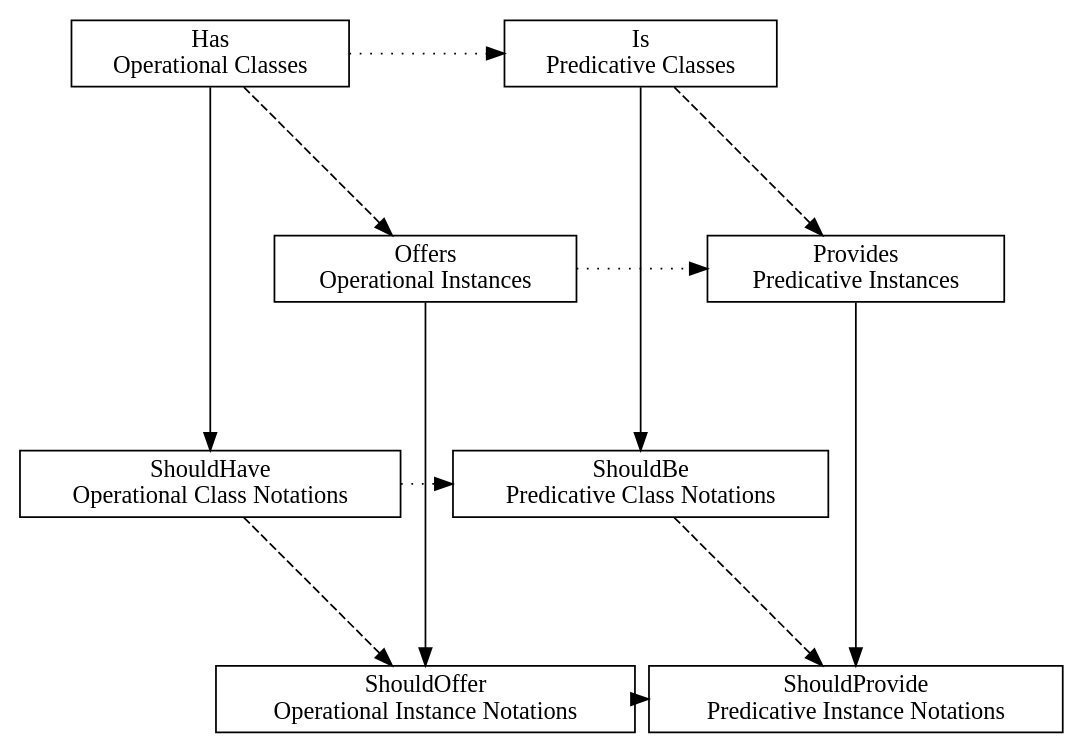
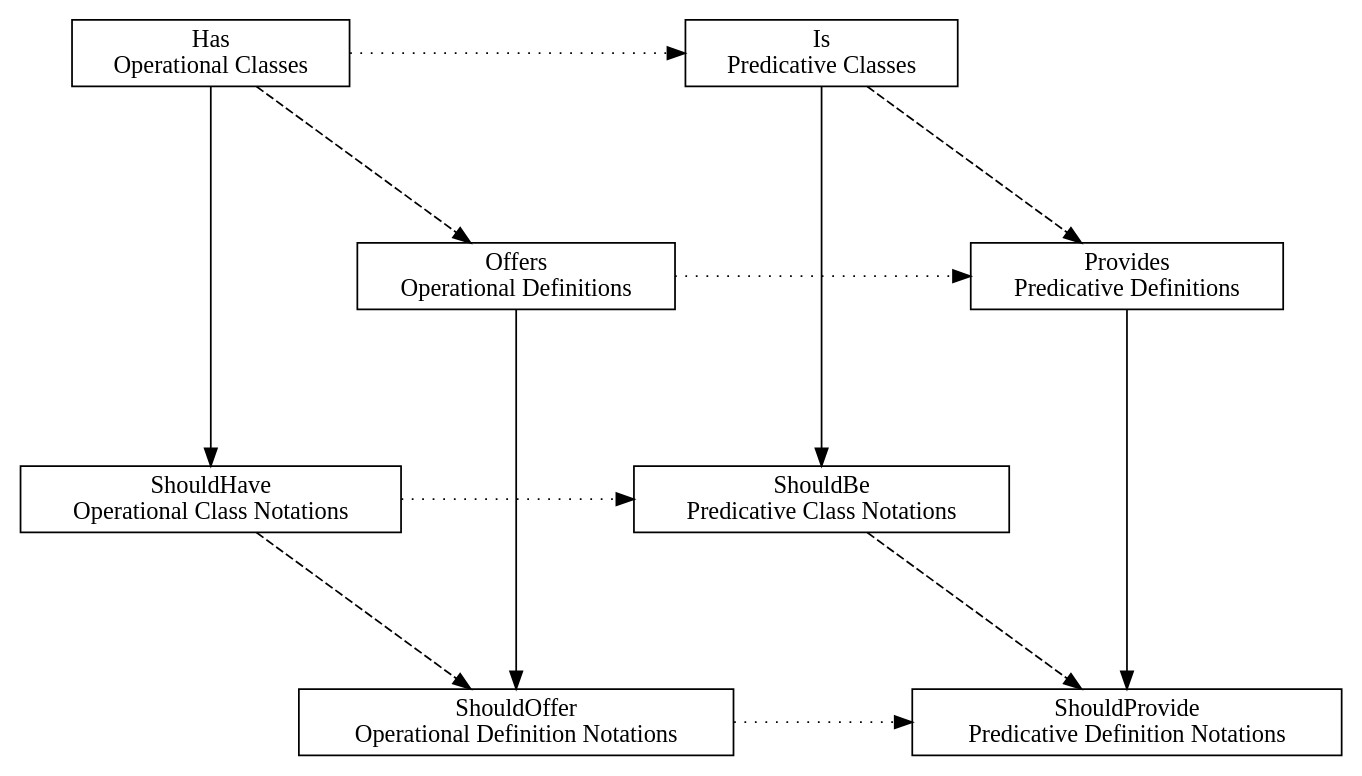
One commit to Tuplanolla/dez changed the diagram in bird/what.dot. Above: the diagram before and after it, drawn with Graphviz. The commit also changed 200 other files, not shown here.

```diff
--- a/bird/what.dot
+++ b/bird/what.dot
@@ -1,36 +1,35 @@
 digraph what {
-  layout = neato
-  overlap = false
+  graph [layout = neato, overlap = false, ratio = 0.5]
 
   node [shape = box]
 
   OC [label = "Has\nOperational Classes", pos = "-1, 0!"]
   OCN [label = "ShouldHave\nOperational Class Notations", pos = "-1, -2!"]
-  OD [label = "Offers\nOperational Instances", pos = "0, -1!"]
-  ODN [label = "ShouldOffer\nOperational Instance Notations", pos = "0, -3!"]
+  OD [label = "Offers\nOperational Definitions", pos = "0, -1!"]
+  ODN [label = "ShouldOffer\nOperational Definition Notations", pos = "0, -3!"]
   PC [label = "Is\nPredicative Classes", pos = "1, 0!"]
   PCN [label = "ShouldBe\nPredicative Class Notations", pos = "1, -2!"]
-  PD [label = "Provides\nPredicative Instances", pos = "2, -1!"]
-  PDN [label = "ShouldProvide\nPredicative Instance Notations", pos = "2, -3!"]
+  PD [label = "Provides\nPredicative Definitions", pos = "2, -1!"]
+  PDN [label = "ShouldProvide\nPredicative Definition Notations", pos = "2, -3!"]
 
   edge [style = solid]
 
   OC -> OCN
   OD -> ODN
   PC -> PCN
   PD -> PDN
 
   edge [style = dashed]
 
   OC -> OD
   OCN -> ODN
   PC -> PD
   PCN -> PDN
 
   edge [style = dotted]
 
   OC -> PC
   OCN -> PCN
   OD -> PD
   ODN -> PDN
 }
```
